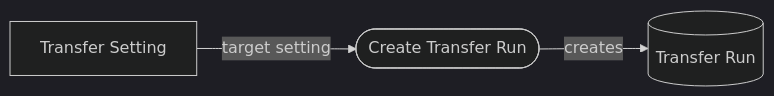
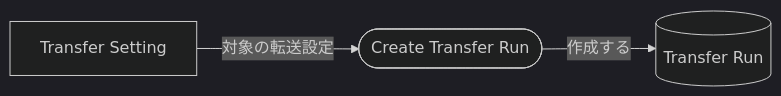
The third of 9 diagrams in packages/transfer/docs/processes/transfer-execution-process.md (mk3008/rawsql-ts), drawn with Mermaid (dark theme) before and after one commit. The commit also changed other lines of this file and 70 other files, not shown here.

````diff
--- a/packages/transfer/docs/processes/transfer-execution-process.md
+++ b/packages/transfer/docs/processes/transfer-execution-process.md
@@ -78,9 +60,9 @@
 ```mermaid
 flowchart LR
   TransferSetting["Transfer Setting"]
   CreateTransferRun(["Create Transfer Run"])
   TransferRun[("Transfer Run")]
 
-  TransferSetting -->|"target setting"| CreateTransferRun
-  CreateTransferRun -->|"creates"| TransferRun
+  TransferSetting -->|"対象の転送設定"| CreateTransferRun
+  CreateTransferRun -->|"作成する"| TransferRun
 ```
````
